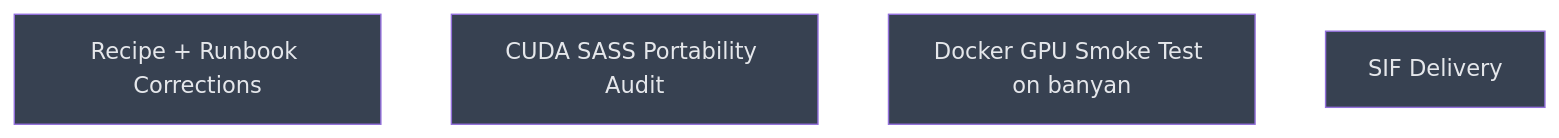
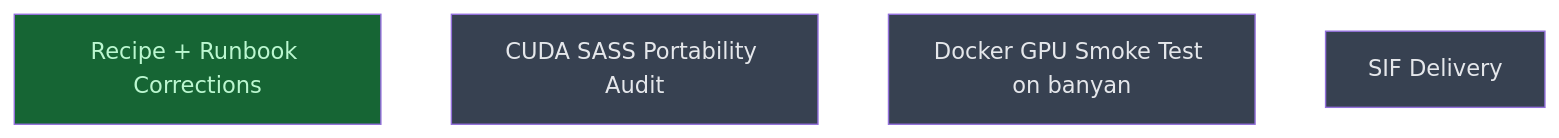
The diagram in __roadmap__/p53-mdm2-v2/p1b_container_runtime/README.md (LittleCoinCoin/usd-bio), drawn with Mermaid before and after one commit. The commit also changed other lines of this file, not shown here.

First line of the commit message:
chore(p53-mdm2): record recipe_evidence_corrections done, sass audit partial

````diff
--- a/__roadmap__/p53-mdm2-v2/p1b_container_runtime/README.md
+++ b/__roadmap__/p53-mdm2-v2/p1b_container_runtime/README.md
@@ -39,12 +39,12 @@
 ```mermaid
 graph TD
-    recipe_evidence_corrections[Recipe + Runbook Corrections]:::planned
+    recipe_evidence_corrections[Recipe + Runbook Corrections]:::done
     sass_portability_audit[CUDA SASS Portability Audit]:::planned
     docker_gpu_smoke[Docker GPU Smoke Test on banyan]:::planned
     sif_delivery[SIF Delivery]:::planned
     classDef done       fill:#166534,color:#bbf7d0
     classDef inprogress fill:#854d0e,color:#fef08a
     classDef planned    fill:#374151,color:#e5e7eb
     classDef amendment  fill:#1e3a5f,color:#bfdbfe
     classDef blocked    fill:#7f1d1d,color:#fecaca
 ```
````
